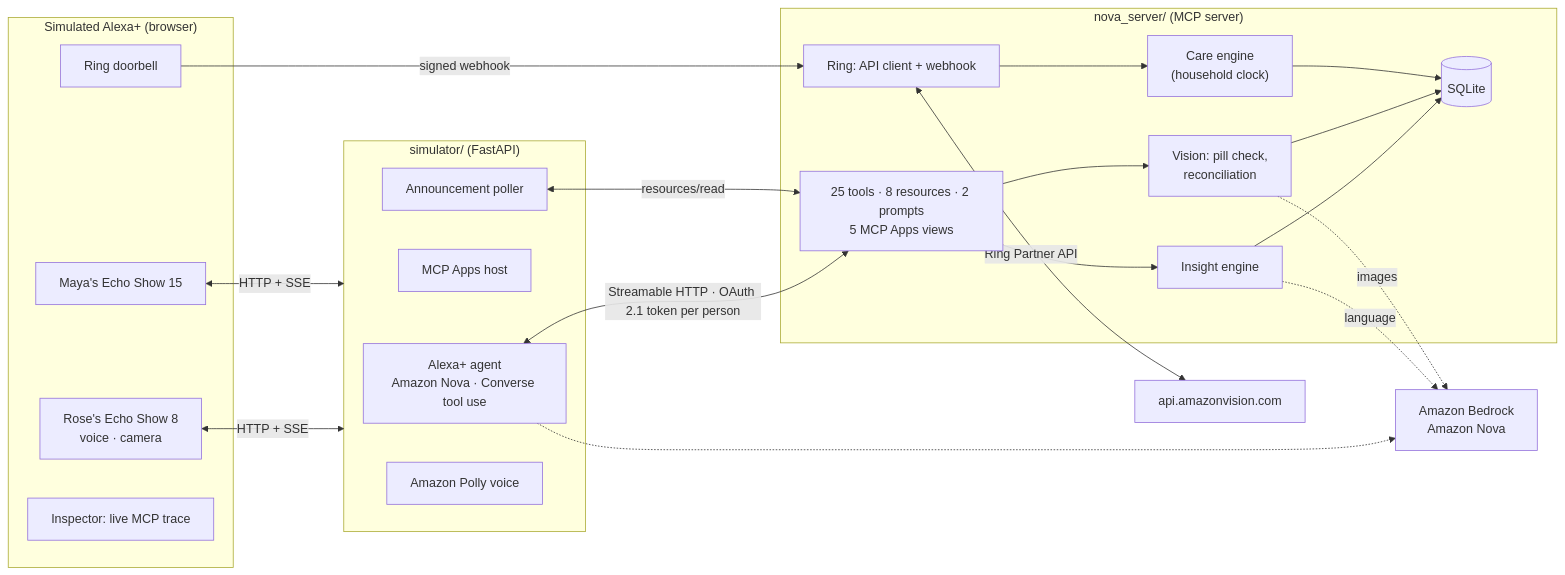
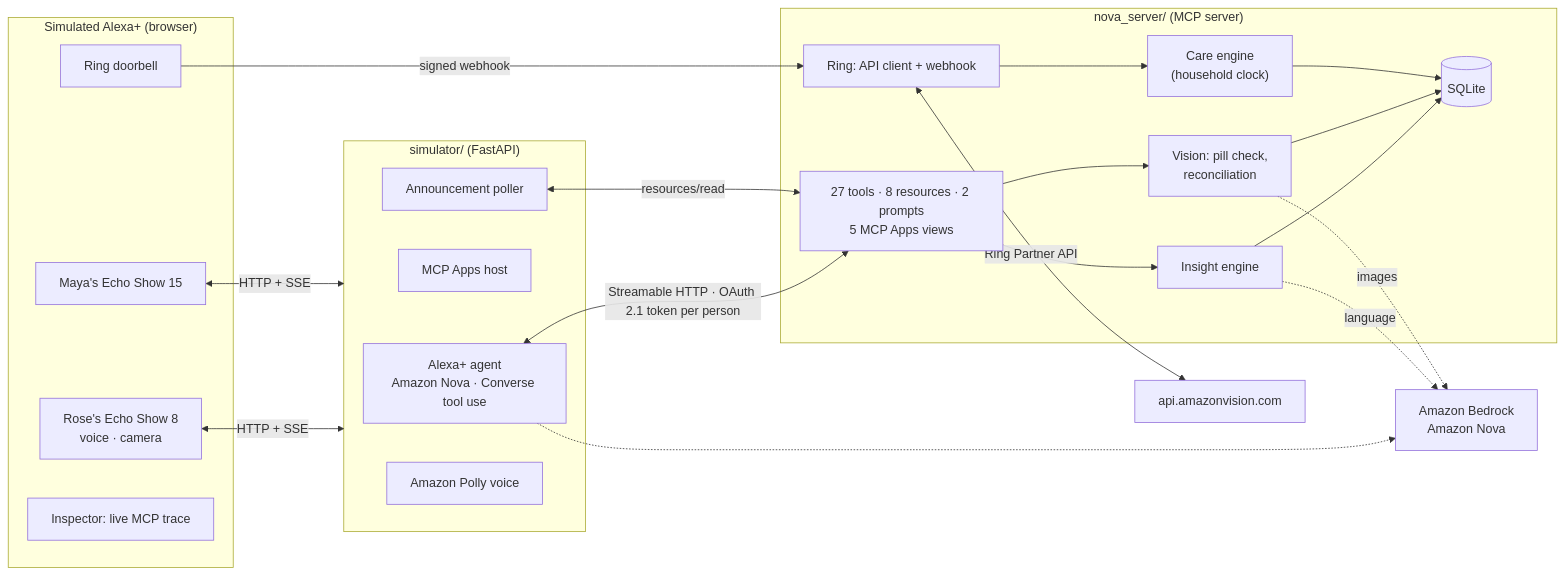
The diagram in README.md (Dakshhhhh-ops/nova), drawn with Mermaid before and after one commit. The commit also changed other lines of this file and 21 other files, not shown here.

````diff
--- a/README.md
+++ b/README.md
@@ -99,34 +105,34 @@
 ```mermaid
 flowchart LR
   subgraph Browser["Simulated Alexa+ (browser)"]
     R["Rose's Echo Show 8<br/>voice · camera"]
     D["Ring doorbell"]
     M["Maya's Echo Show 15"]
     I["Inspector: live MCP trace"]
   end
   subgraph Sim["simulator/ (FastAPI)"]
     A["Alexa+ agent<br/>Amazon Nova · Converse tool use"]
     H["MCP Apps host"]
     P["Announcement poller"]
     V["Amazon Polly voice"]
   end
   subgraph Nova["nova_server/ (MCP server)"]
-    T["25 tools · 8 resources · 2 prompts<br/>5 MCP Apps views"]
+    T["27 tools · 8 resources · 2 prompts<br/>5 MCP Apps views"]
     E["Care engine<br/>(household clock)"]
     X["Insight engine"]
     S["Vision: pill check,<br/>reconciliation"]
     G["Ring: API client + webhook"]
     DB[("SQLite")]
   end
   R & M <-->|HTTP + SSE| Sim
   A <-->|"Streamable HTTP · OAuth 2.1 token per person"| T
   P <-->|resources/read| T
   D -->|signed webhook| G
   G <-->|Ring Partner API| RING["api.amazonvision.com"]
   T --> X & S --> DB
   E --> DB
   G --> E
   X -.->|language| BR["Amazon Bedrock<br/>Amazon Nova"]
   S -.->|images| BR
   A -.-> BR
 ```
````
